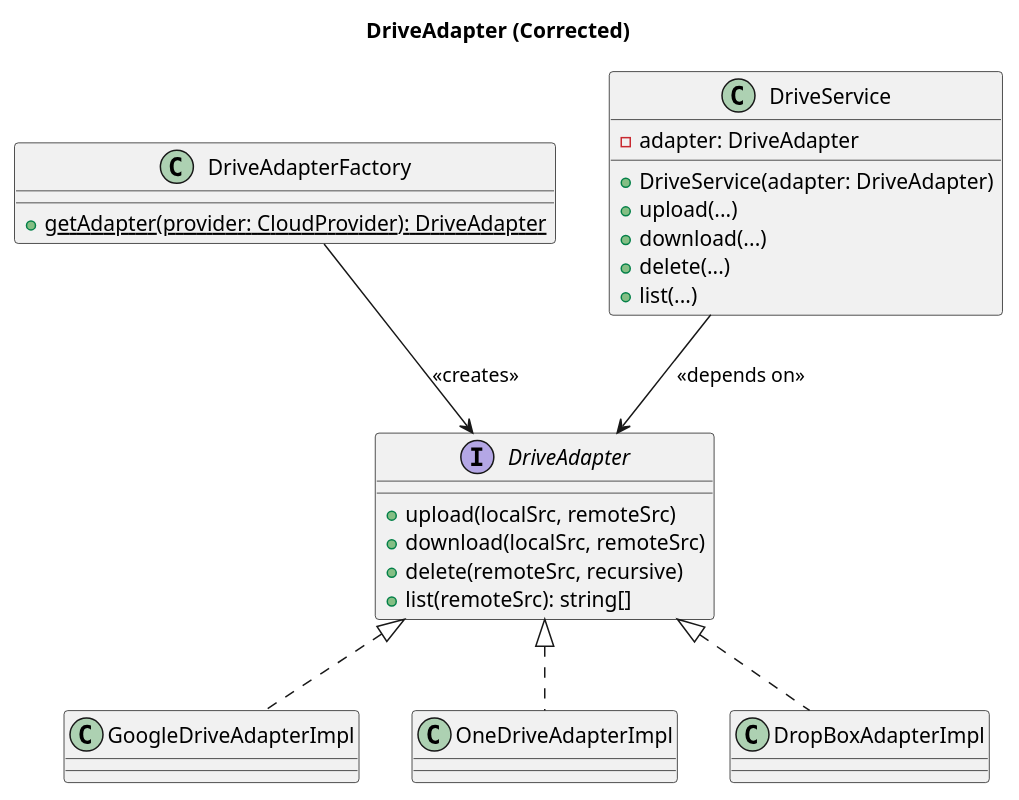
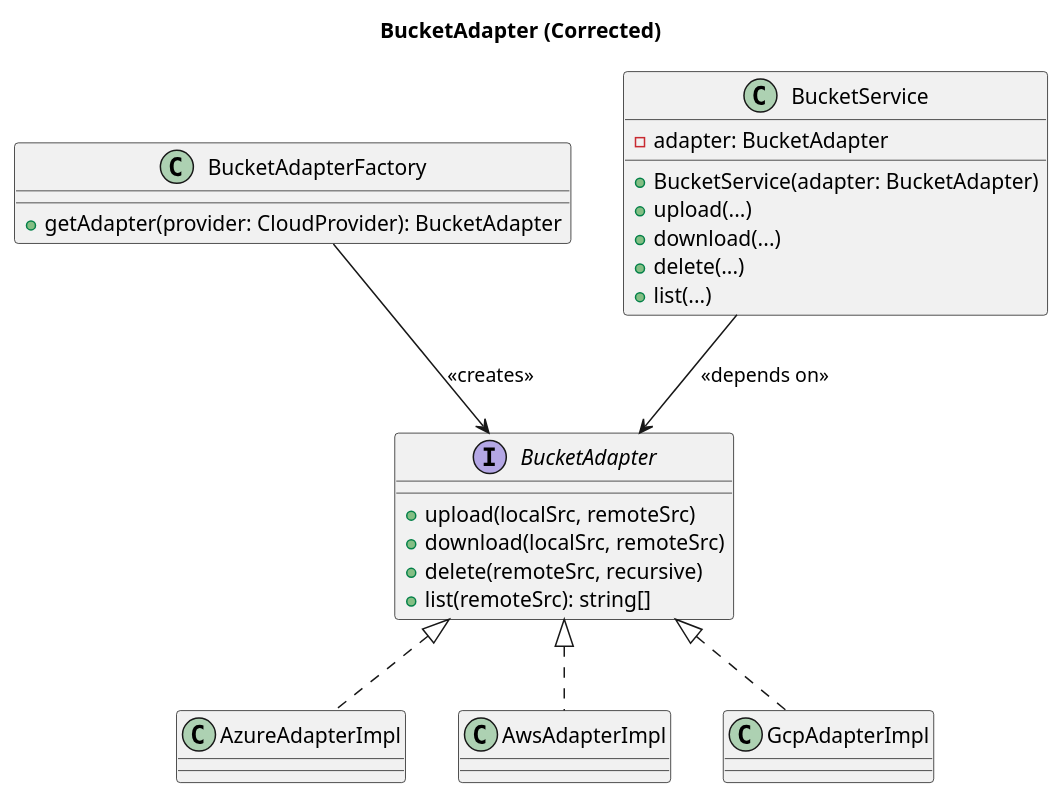
The diagram in docs/class-diagram-v2.puml (dieperid/bucket-adapter), drawn with PlantUML before and after one commit.

Commit message:
docs: updated class diagram

```diff
--- a/docs/class-diagram-v2.puml
+++ b/docs/class-diagram-v2.puml
@@ -1,34 +1,34 @@
 @startuml
-title DriveAdapter (Corrected)
+title BucketAdapter (Corrected)
 
-interface DriveAdapter {
+interface BucketAdapter {
     + upload(localSrc, remoteSrc)
     + download(localSrc, remoteSrc)
     + delete(remoteSrc, recursive)
     + list(remoteSrc): string[]
 }
 
-class DriveAdapterFactory {
-    {static} + getAdapter(provider: CloudProvider): DriveAdapter
+class BucketAdapterFactory {
+    + getAdapter(provider: CloudProvider): BucketAdapter
 }
 
-class DriveService {
-    - adapter: DriveAdapter
-    + DriveService(adapter: DriveAdapter)
+class BucketService {
+    - adapter: BucketAdapter
+    + BucketService(adapter: BucketAdapter)
     + upload(...)
     + download(...)
     + delete(...)
     + list(...)
 }
 
-class GoogleDriveAdapterImpl
-class OneDriveAdapterImpl
-class DropBoxAdapterImpl
+class AzureAdapterImpl
+class AwsAdapterImpl
+class GcpAdapterImpl
 
-DriveAdapter <|.. GoogleDriveAdapterImpl
-DriveAdapter <|.. OneDriveAdapterImpl
-DriveAdapter <|.. DropBoxAdapterImpl
+BucketAdapter <|.. AzureAdapterImpl
+BucketAdapter <|.. AwsAdapterImpl
+BucketAdapter <|.. GcpAdapterImpl
 
-DriveAdapterFactory --> DriveAdapter : <<creates>>
-DriveService --> DriveAdapter : <<depends on>>
+BucketAdapterFactory --> BucketAdapter : <<creates>>
+BucketService --> BucketAdapter : <<depends on>>
 @enduml
```
